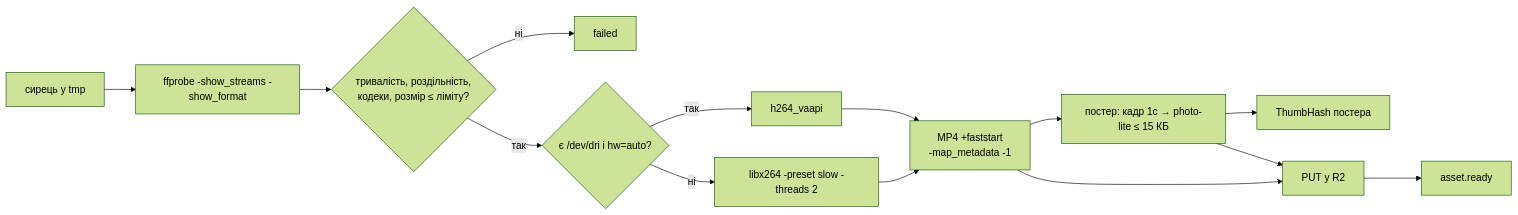
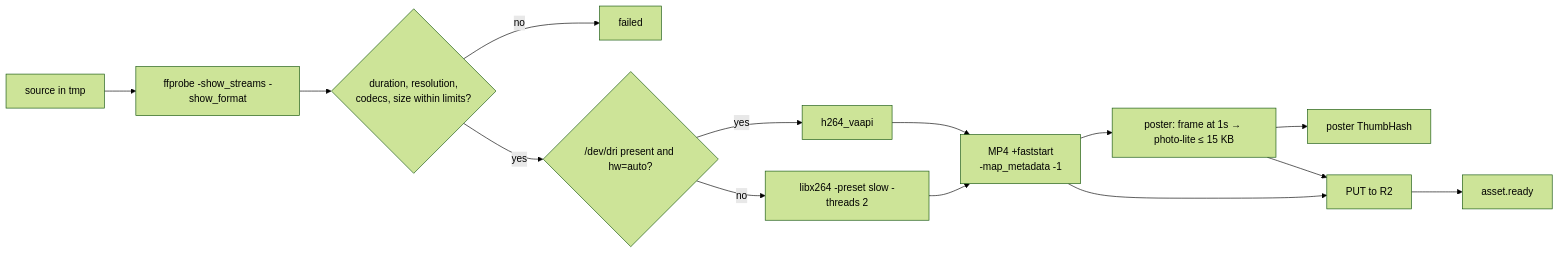
Before and after one commit to UdjinStolboviy/kadr-madia: the second of 2 diagrams in docs/PIPELINES.md, drawn with Mermaid (forest theme). The commit also changed other lines of this file and 26 other files, not shown here.

````diff
--- a/docs/PIPELINES.md
+++ b/docs/PIPELINES.md
@@ -95,13 +95,13 @@
 ```mermaid
 flowchart LR
-  A[сирець у tmp] --> B[ffprobe -show_streams -show_format]
-  B --> C{тривалість, роздільність,<br/>кодеки, розмір ≤ ліміту?}
-  C -- ні --> X[failed]
-  C -- так --> D{є /dev/dri і hw=auto?}
-  D -- так --> E[h264_vaapi]
-  D -- ні --> F[libx264 -preset slow -threads 2]
+  A[source in tmp] --> B[ffprobe -show_streams -show_format]
+  B --> C{duration, resolution,<br/>codecs, size within limits?}
+  C -- no --> X[failed]
+  C -- yes --> D{/dev/dri present and hw=auto?}
+  D -- yes --> E[h264_vaapi]
+  D -- no --> F[libx264 -preset slow -threads 2]
   E & F --> G[MP4 +faststart<br/>-map_metadata -1]
-  G --> H[постер: кадр 1с → photo-lite ≤ 15 КБ]
-  H --> I[ThumbHash постера]
-  G & H --> J[PUT у R2] --> K[asset.ready]
+  G --> H[poster: frame at 1s → photo-lite ≤ 15 KB]
+  H --> I[poster ThumbHash]
+  G & H --> J[PUT to R2] --> K[asset.ready]
 ```
````
